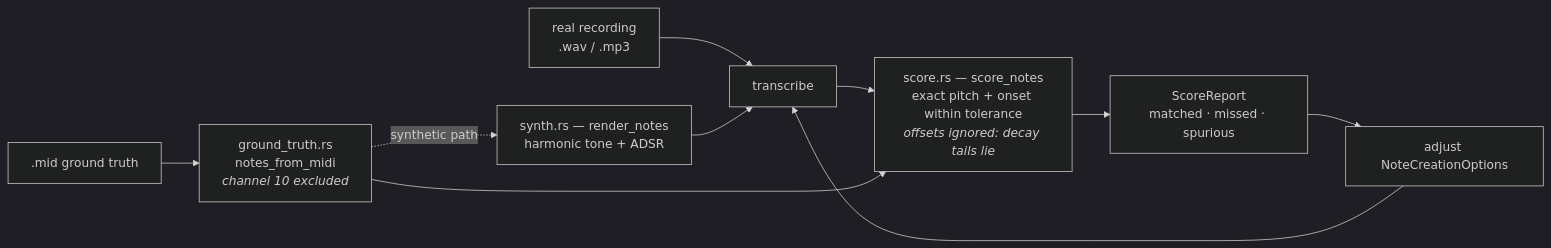
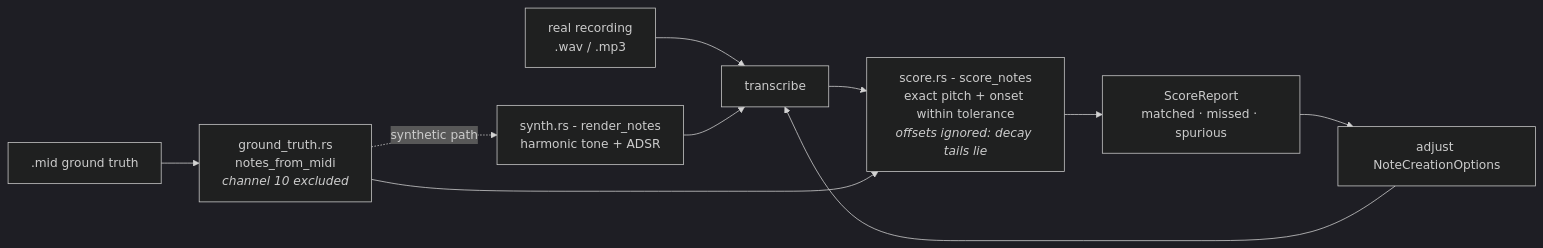
The fifth of 8 diagrams in README.md (soroush-tech/sconote), drawn with Mermaid (dark theme) before and after one commit. The commit also changed other lines of this file and 36 other files, not shown here.

````diff
--- a/README.md
+++ b/README.md
@@ -193,12 +193,12 @@
 ```mermaid
 flowchart LR
     REC["real recording<br/>.wav / .mp3"] --> TR["transcribe"]
     REF[".mid ground truth"] --> GT["ground_truth.rs<br/>notes_from_midi<br/><i>channel 10 excluded</i>"]
-    GT -.->|synthetic path| SY["synth.rs — render_notes<br/>harmonic tone + ADSR"]
+    GT -.->|synthetic path| SY["synth.rs - render_notes<br/>harmonic tone + ADSR"]
     SY --> TR
-    TR --> SC["score.rs — score_notes<br/>exact pitch + onset within tolerance<br/><i>offsets ignored: decay tails lie</i>"]
+    TR --> SC["score.rs - score_notes<br/>exact pitch + onset within tolerance<br/><i>offsets ignored: decay tails lie</i>"]
     GT --> SC
     SC --> REP["ScoreReport<br/>matched · missed · spurious"]
     REP --> KNOBS["adjust NoteCreationOptions"]
     KNOBS --> TR
 ```
````
